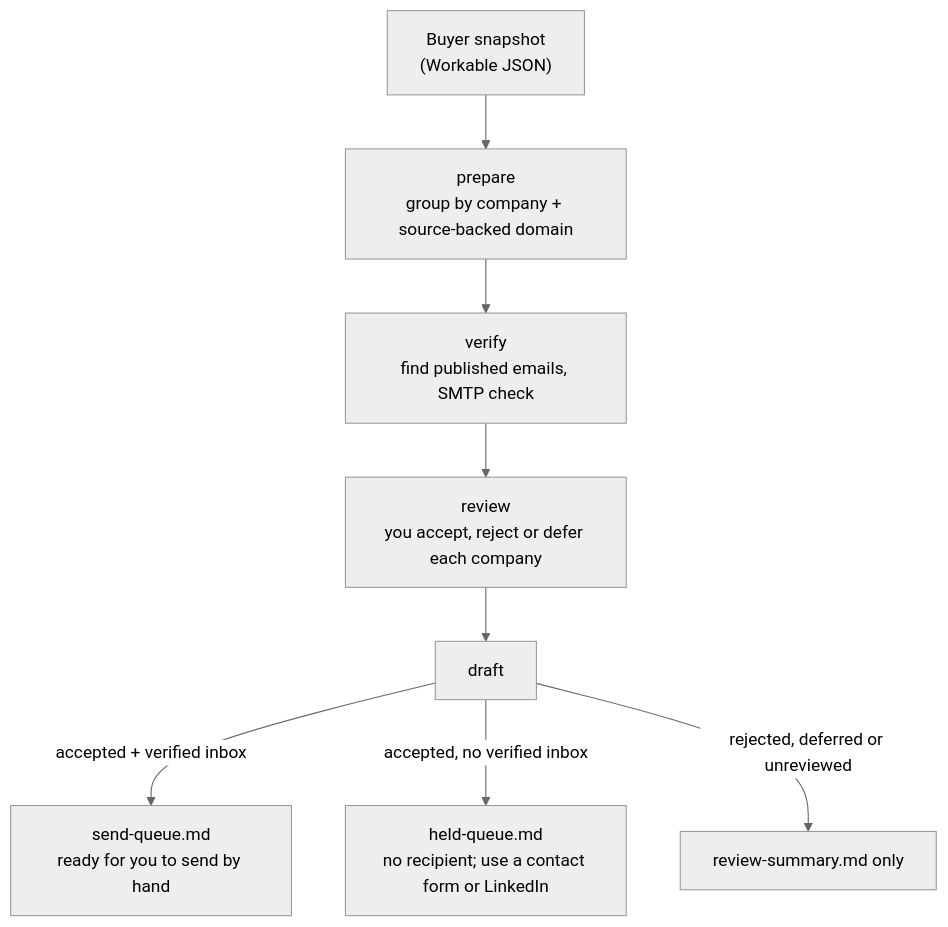
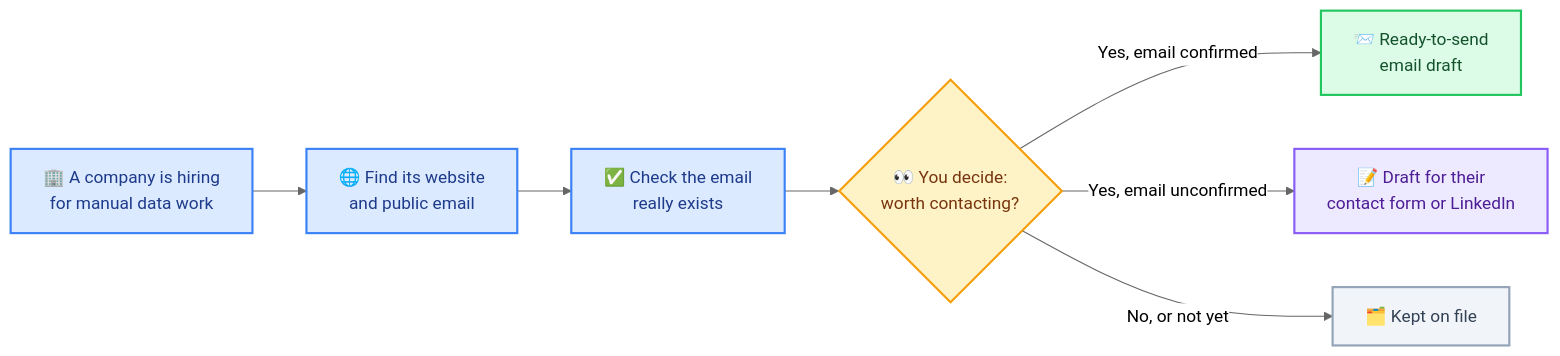
The second of 2 diagrams in README.md (Jaseempk/shekel-radar), drawn with Mermaid (neutral theme) before and after one commit. The commit also changed other lines of this file, not shown here.

Commit message:
docs: simplify README diagrams for a general audience

````diff
--- a/README.md
+++ b/README.md
@@ -50,10 +39,20 @@
 ```mermaid
-flowchart TD
-    A["Buyer snapshot<br/>(Workable JSON)"] --> P["prepare<br/>group by company + source-backed domain"]
-    P --> V["verify<br/>find published emails, SMTP check"]
-    V --> R["review<br/>you accept, reject or defer each company"]
-    R --> D["draft"]
-    D -->|"accepted + verified inbox"| S["send-queue.md<br/>ready for you to send by hand"]
-    D -->|"accepted, no verified inbox"| H["held-queue.md<br/>no recipient; use a contact form or LinkedIn"]
-    D -->|"rejected, deferred or unreviewed"| X["review-summary.md only"]
+flowchart LR
+    A["🏢 A company is hiring<br/>for manual data work"] --> B["🌐 Find its website<br/>and public email"]
+    B --> C["✅ Check the email<br/>really exists"]
+    C --> D{"👀 You decide:<br/>worth contacting?"}
+    D -->|"Yes, email confirmed"| E["📨 Ready-to-send<br/>email draft"]
+    D -->|"Yes, email unconfirmed"| F["📝 Draft for their<br/>contact form or LinkedIn"]
+    D -->|"No, or not yet"| G["🗂️ Kept on file"]
+
+    classDef step fill:#dbeafe,stroke:#3b82f6,stroke-width:2px,color:#1e3a8a
+    classDef decide fill:#fef3c7,stroke:#f59e0b,stroke-width:2px,color:#78350f
+    classDef good fill:#dcfce7,stroke:#22c55e,stroke-width:2px,color:#14532d
+    classDef hold fill:#ede9fe,stroke:#8b5cf6,stroke-width:2px,color:#4c1d95
+    classDef rest fill:#f1f5f9,stroke:#94a3b8,stroke-width:2px,color:#334155
+    class A,B,C step
+    class D decide
+    class E good
+    class F hold
+    class G rest
 ```
````
